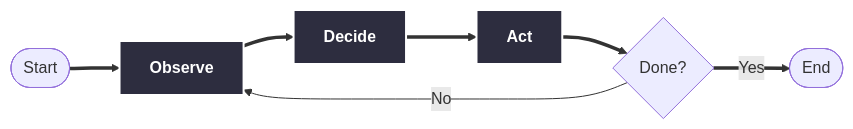
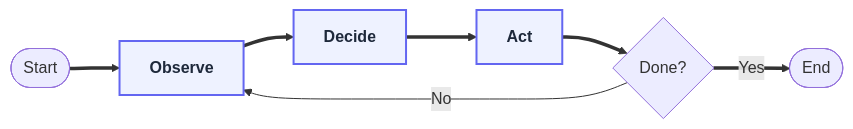
One commit to ebinzacharias/ez-agentic-study-buddy changed the third of 3 diagrams in ARCHITECTURE.md. Above: the diagram before and after it, drawn with Mermaid. The commit also changed other lines of this file and 3 other files, not shown here.

Commit message:
updated diagram prompt

````diff
--- a/ARCHITECTURE.md
+++ b/ARCHITECTURE.md
@@ -186,13 +186,13 @@
 ```mermaid
 flowchart LR
-    classDef phase fill:#2D2D3F,stroke:#FFFFFF,stroke-width:2px,color:#FFFFFF,font-weight:bold
+    classDef phase fill:#EEF2FF,stroke:#6366F1,stroke-width:2px,color:#1E293B,font-weight:bold
 
     Start([Start]) ==> Observe[Observe]
     Observe ==> Decide[Decide]
     Decide ==> Act[Act]
     Act ==> Check{Done?}
     Check -->|No| Observe
     Check ==>|Yes| End([End])
 
     class Observe,Decide,Act phase
 ```
````
